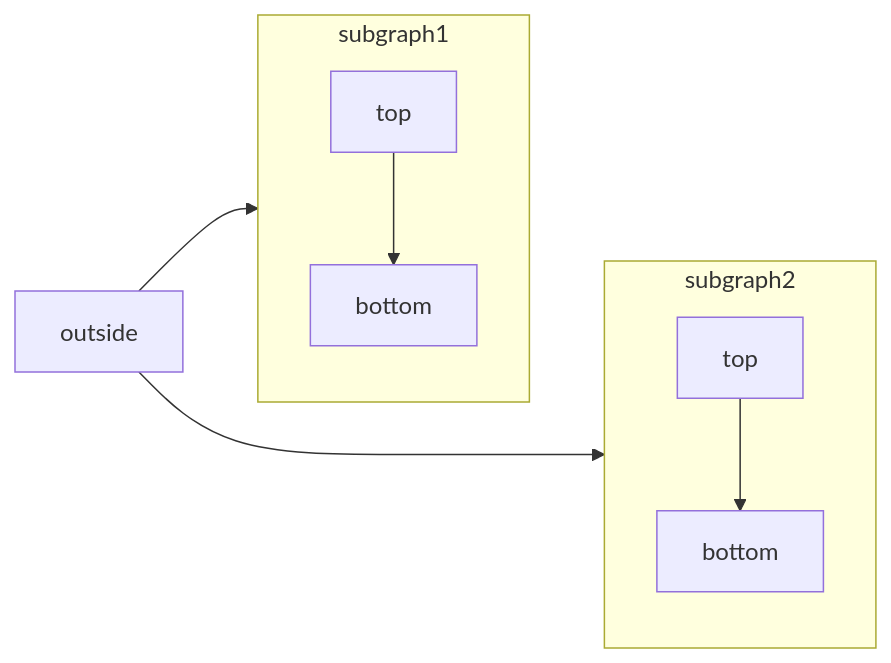
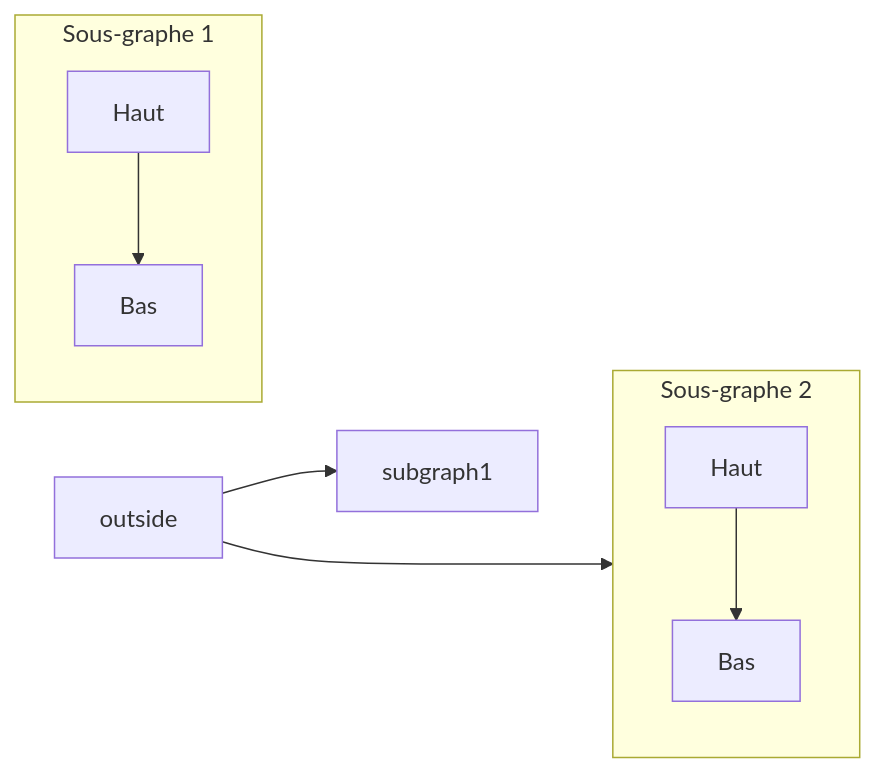
The diagram in fr/components/mermaid-diagrams.mdx (brian-lou/mintlify-docs), drawn with Mermaid before and after one commit. The commit also changed other lines of this file and 566 other files, not shown here.

````diff
--- a/fr/components/mermaid-diagrams.mdx
+++ b/fr/components/mermaid-diagrams.mdx
@@ -11,18 +11,18 @@
 ```mermaid placement="top-right"
   flowchart LR
-    subgraph subgraph1
+    subgraph Sous-graphe 1
         direction TB
-        top1[top] --> bottom1[bottom]
+        top1[Haut] --> bottom1[Bas]
     end
-    subgraph subgraph2
+    subgraph Sous-graphe 2
         direction TB
-        top2[top] --> bottom2[bottom]
+        top2[Haut] --> bottom2[Bas]
     end
-    %% ^ Ces sous-graphes sont identiques, à l'exception des liens qui y mènent :
+    %% ^ These subgraphs are identical, except for the links to them:
 
-    %% Lien *vers* subgraph1 : la direction de subgraph1 est conservée
+    %% Link *to* subgraph1: subgraph1 direction is maintained
     outside --> subgraph1
-    %% Lien *à l'intérieur de* subgraph2 :
-    %% subgraph2 hérite de la direction du graphe de niveau supérieur (LR)
+    %% Link *within* subgraph2:
+    %% subgraph2 inherits the direction of the top-level graph (LR)
     outside ---> top2
 ```
````
